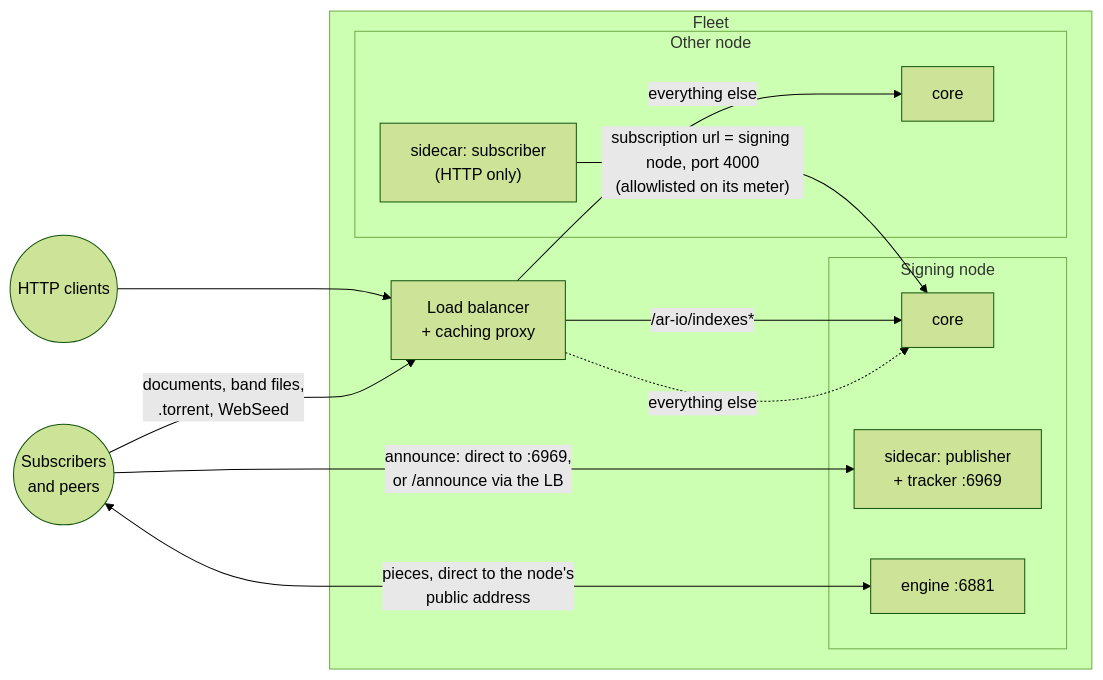
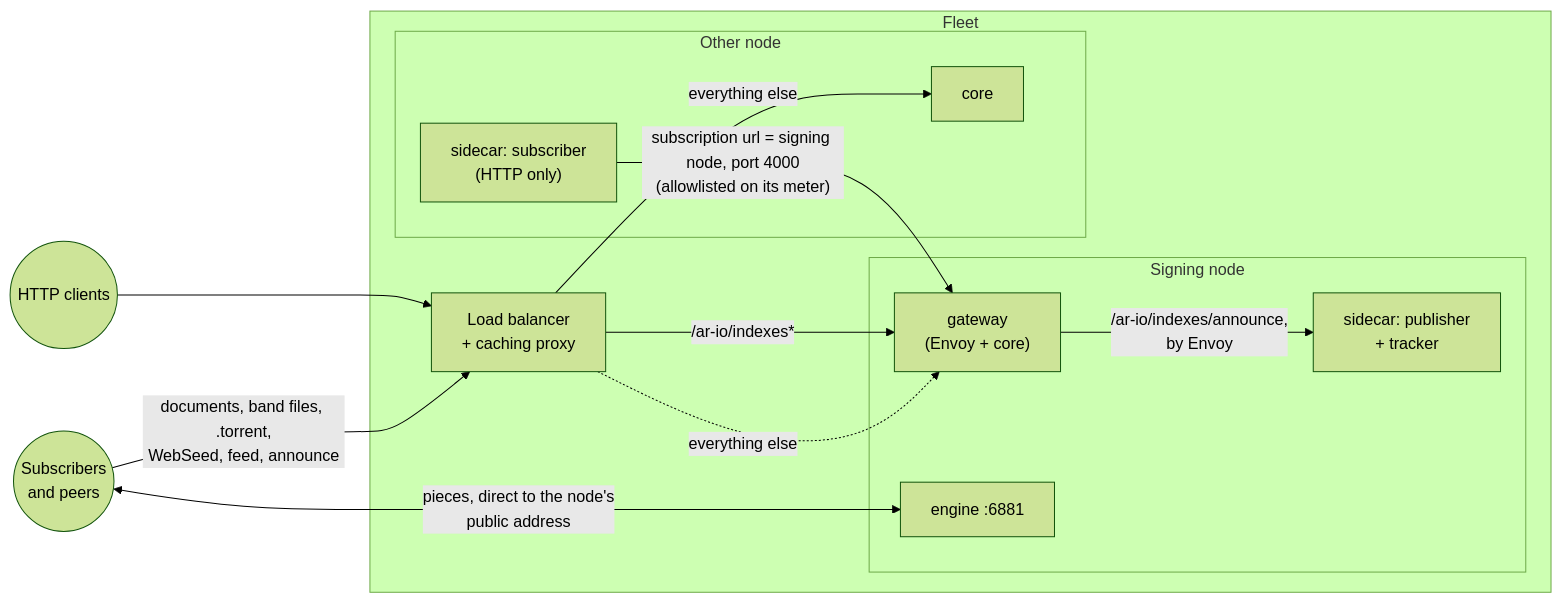
Before and after one commit to ar-io/ar-io-node: the third of 3 diagrams in docs/index-swarm.md, drawn with Mermaid (forest theme). The commit also changed other lines of this file and 5 other files, not shown here.

First line of the commit message:
docs: index feeds, and announcing to the tracker through the gateway

````diff
--- a/docs/index-swarm.md
+++ b/docs/index-swarm.md
@@ -416,27 +458,27 @@
 ```mermaid
 flowchart LR
   peers(("Subscribers<br/>and peers"))
   clients(("HTTP clients"))
 
   subgraph fleet["Fleet"]
     lb["Load balancer<br/>+ caching proxy"]
     subgraph n1["Signing node"]
-      c1["core"]
-      s1["sidecar: publisher<br/>+ tracker :6969"]
+      c1["gateway<br/>(Envoy + core)"]
+      s1["sidecar: publisher<br/>+ tracker"]
       e1["engine :6881"]
     end
     subgraph n2["Other node"]
       c2["core"]
       s2["sidecar: subscriber<br/>(HTTP only)"]
     end
   end
 
   clients --> lb
-  peers -->|"documents, band files,<br/>.torrent, WebSeed"| lb
+  peers -->|"documents, band files, .torrent,<br/>WebSeed, feed, announce"| lb
   lb -->|"/ar-io/indexes*"| c1
   lb -->|"everything else"| c2
   lb -.->|"everything else"| c1
   peers <-->|"pieces, direct to the node's<br/>public address"| e1
-  peers -->|"announce: direct to :6969,<br/>or /announce via the LB"| s1
+  c1 -->|"/ar-io/indexes/announce,<br/>by Envoy"| s1
   s2 -->|"subscription url = signing node, port 4000<br/>(allowlisted on its meter)"| c1
 ```
````
